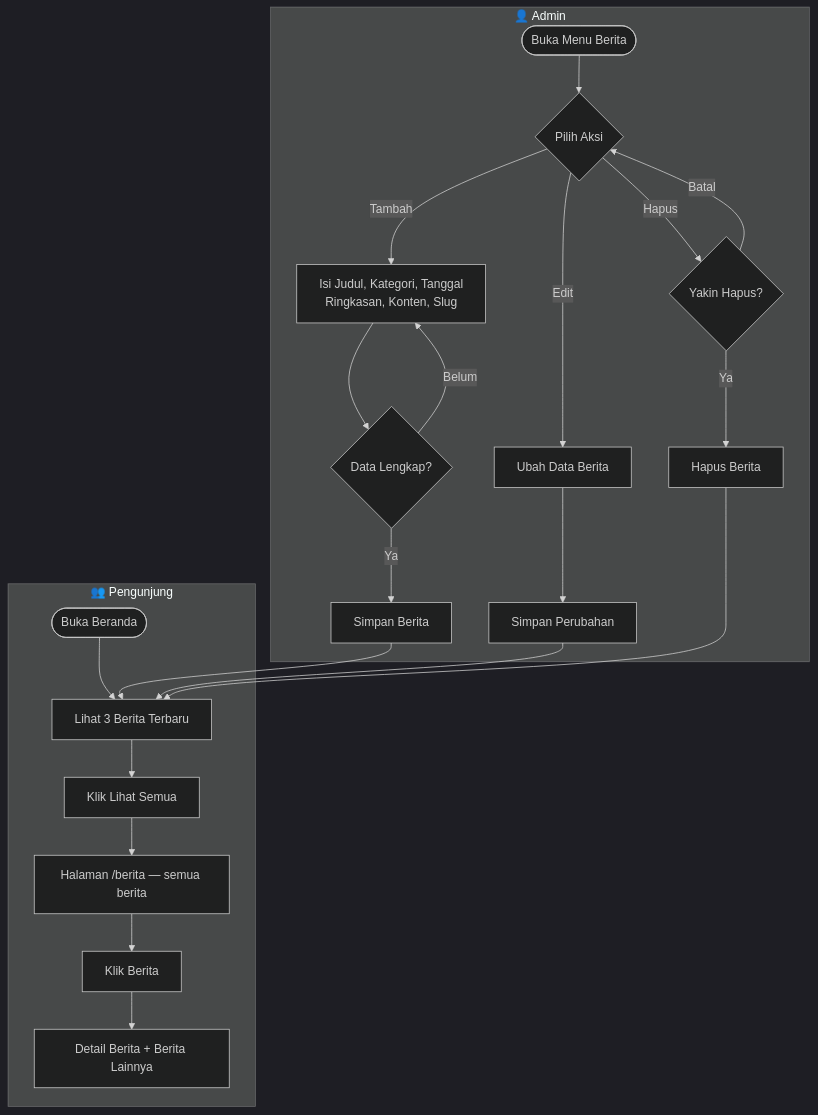
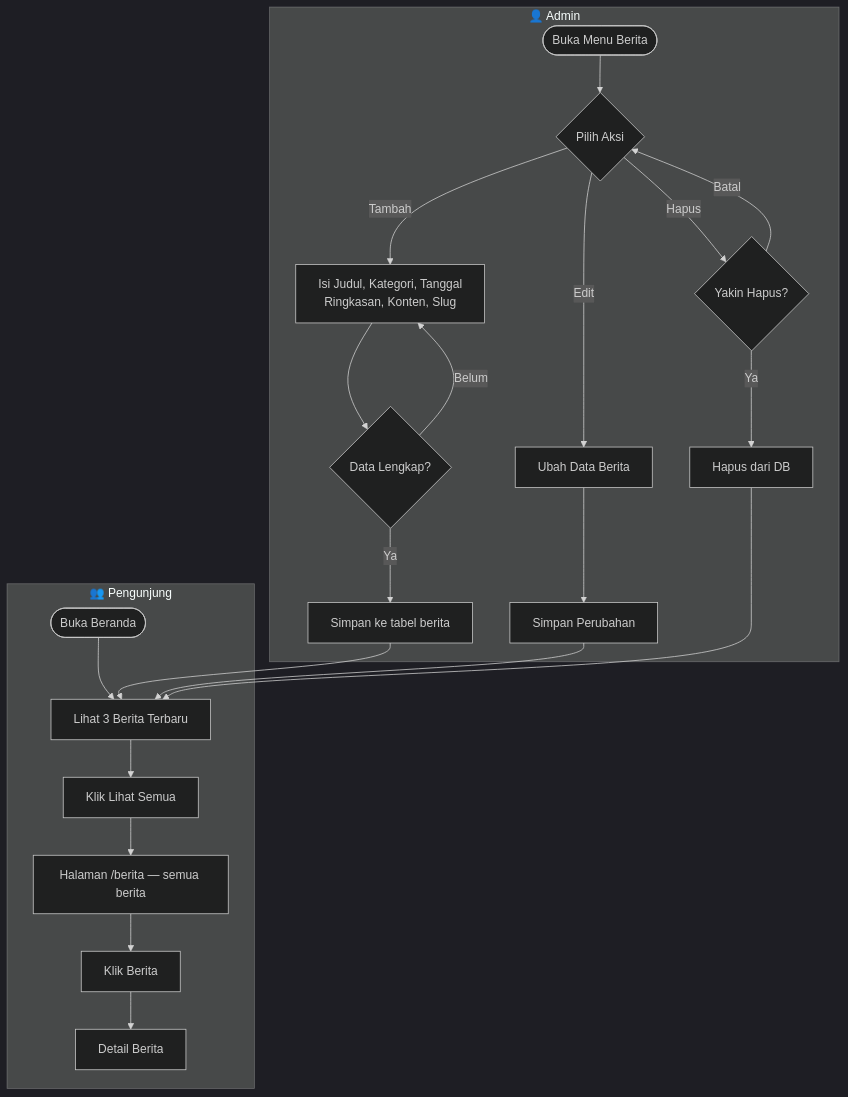
Before and after one commit to nabilhatami86/masjid-al-hidayah: the third of 8 diagrams in ERD.md, drawn with Mermaid (dark theme). The commit also changed other lines of this file and 7 other files, not shown here.

````diff
--- a/ERD.md
+++ b/ERD.md
@@ -329,30 +357,30 @@
 ```mermaid
 flowchart TD
     subgraph ADMIN["👤 Admin"]
         A1([Buka Menu Berita]) --> A2{Pilih Aksi}
 
         A2 -- Tambah --> A3[Isi Judul, Kategori, Tanggal\nRingkasan, Konten, Slug]
         A3 --> A4{Data Lengkap?}
         A4 -- Belum --> A3
-        A4 -- Ya --> A5[Simpan Berita]
+        A4 -- Ya --> A5[Simpan ke tabel berita]
 
         A2 -- Edit --> A6[Ubah Data Berita]
         A6 --> A7[Simpan Perubahan]
 
         A2 -- Hapus --> A8{Yakin Hapus?}
         A8 -- Batal --> A2
-        A8 -- Ya --> A9[Hapus Berita]
+        A8 -- Ya --> A9[Hapus dari DB]
     end
 
     subgraph PUBLIK["👥 Pengunjung"]
         P1([Buka Beranda]) --> P2[Lihat 3 Berita Terbaru]
         P2 --> P3[Klik Lihat Semua]
         P3 --> P4[Halaman /berita — semua berita]
         P4 --> P5[Klik Berita]
-        P5 --> P6[Detail Berita + Berita Lainnya]
+        P5 --> P6[Detail Berita]
     end
 
     A5 --> P2
     A7 --> P2
     A9 --> P2
 ```
````
